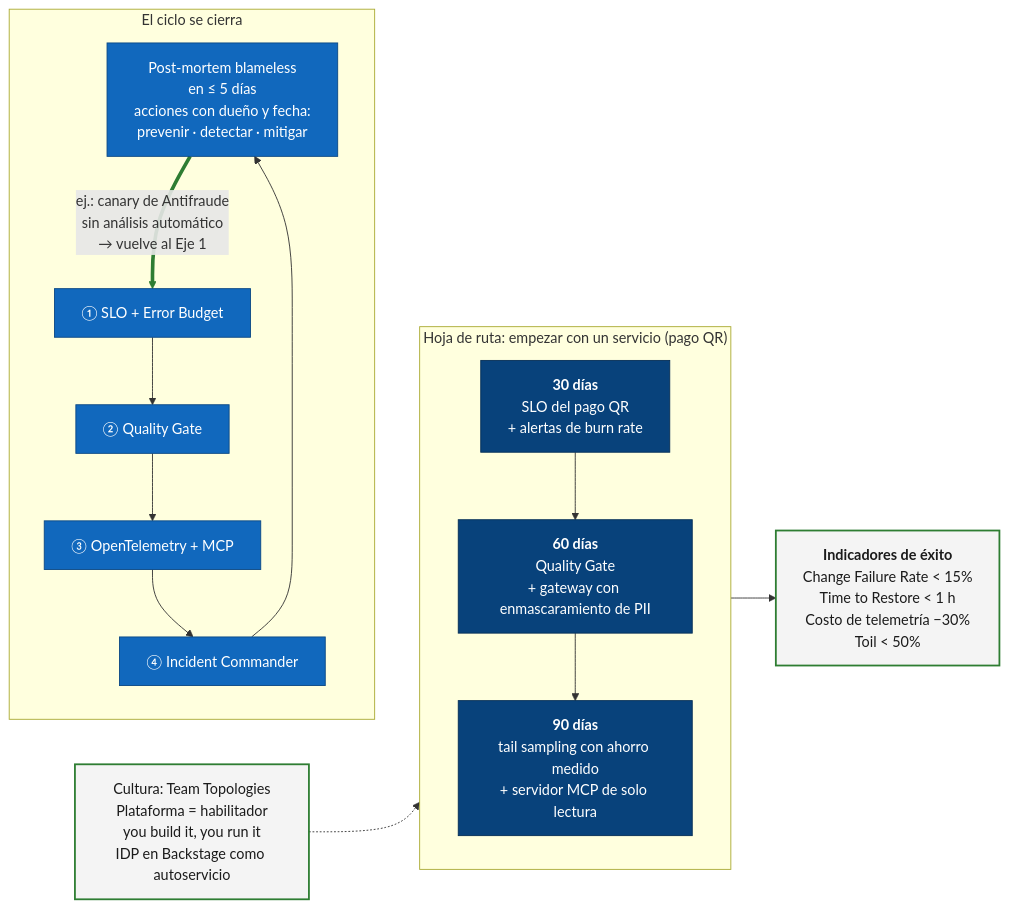
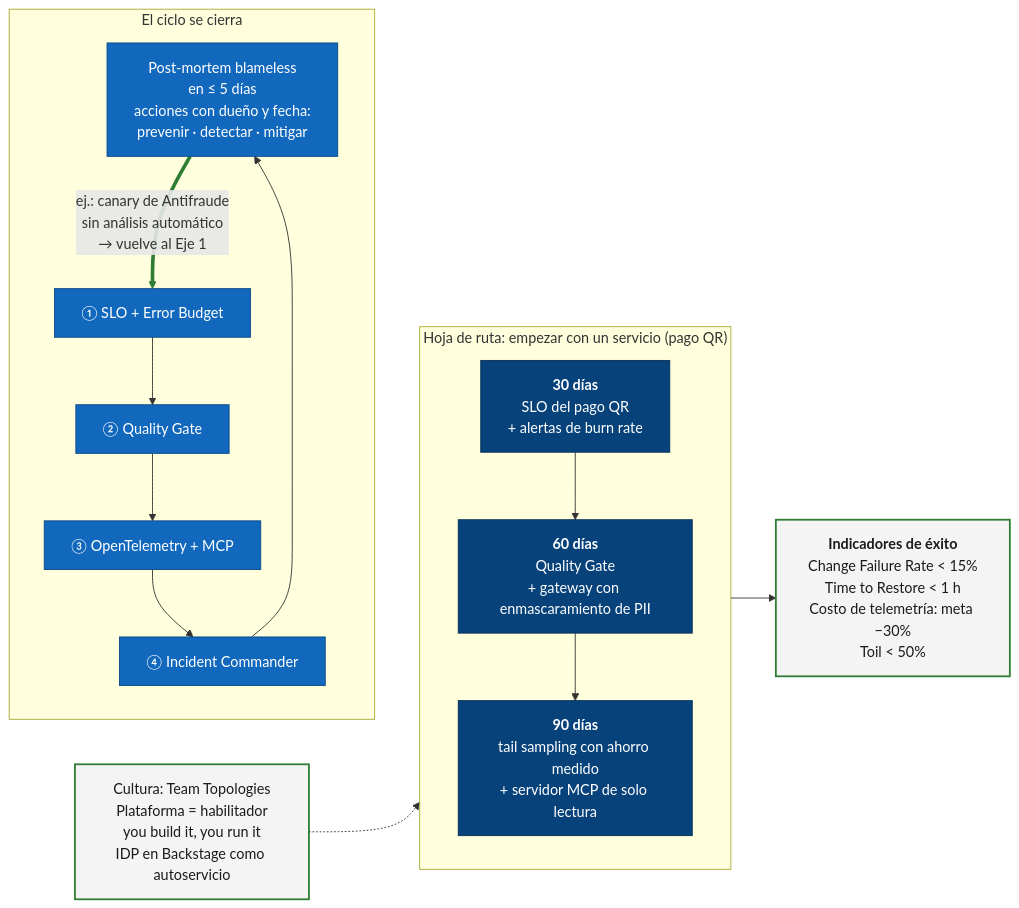
Diagram 12 of 12 in devops-senior/temas/25-davivienda-sre-observabilidad/presentacion-libreto.md (locosebas/necesidadesYGrafos), drawn with Mermaid before and after one commit. The commit also changed other lines of this file and 3 other files, not shown here.

````diff
--- a/devops-senior/temas/25-davivienda-sre-observabilidad/presentacion-libreto.md
+++ b/devops-senior/temas/25-davivienda-sre-observabilidad/presentacion-libreto.md
@@ -795,37 +789,37 @@
 ```mermaid
 flowchart LR
     subgraph ciclo["El ciclo se cierra"]
         direction TB
         pm["Post-mortem blameless<br/>en ≤ 5 días<br/>acciones con dueño y fecha:<br/>prevenir · detectar · mitigar"]
         slo["① SLO + Error Budget"]
         gate["② Quality Gate"]
         otel["③ OpenTelemetry + MCP"]
         ic["④ Incident Commander"]
         slo --> gate --> otel --> ic --> pm
         pm == "ej.: canary de Antifraude<br/>sin análisis automático<br/>→ vuelve al Eje 1" ==> slo
     end
 
     subgraph ruta["Hoja de ruta: empezar con un servicio (pago QR)"]
         direction TB
         d30["<b>30 días</b><br/>SLO del pago QR<br/>+ alertas de burn rate"]
         d60["<b>60 días</b><br/>Quality Gate<br/>+ gateway con enmascaramiento de PII"]
         d90["<b>90 días</b><br/>tail sampling con ahorro medido<br/>+ servidor MCP de solo lectura"]
         d30 --> d60 --> d90
     end
 
-    kpi["<b>Indicadores de éxito</b><br/>Change Failure Rate < 15%<br/>Time to Restore < 1 h<br/>Costo de telemetría −30%<br/>Toil < 50%"]
+    kpi["<b>Indicadores de éxito</b><br/>Change Failure Rate < 15%<br/>Time to Restore < 1 h<br/>Costo de telemetría: meta −30%<br/>Toil < 50%"]
 
     cultura["Cultura: Team Topologies<br/>Plataforma = habilitador<br/>you build it, you run it<br/>IDP en Backstage como autoservicio"]
 
     ciclo ~~~ ruta
     d90 --> kpi
     cultura -.-> ruta
 
     classDef eje fill:#1168bd,stroke:#0b4884,color:#ffffff
     classDef hito fill:#08427b,stroke:#052e56,color:#ffffff
     classDef meta fill:#f4f4f4,stroke:#2e7d32,color:#1b1b1b,stroke-width:2px
     class slo,gate,otel,ic,pm eje
     class d30,d60,d90 hito
     class kpi,cultura meta
     linkStyle 4 stroke:#2e7d32,stroke-width:4px
 ```
````
